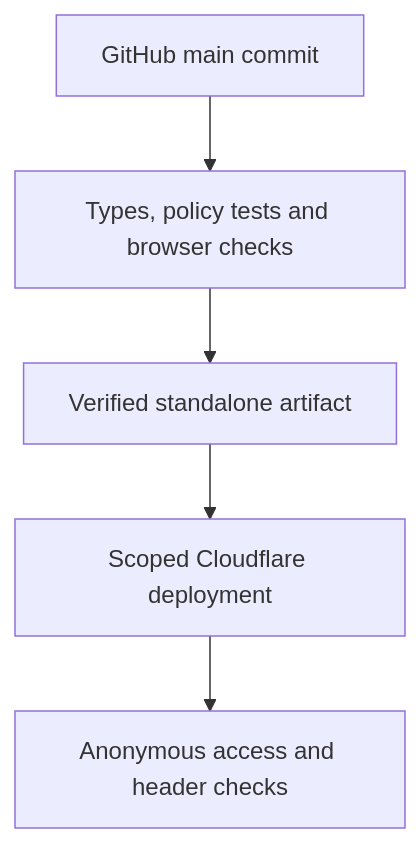
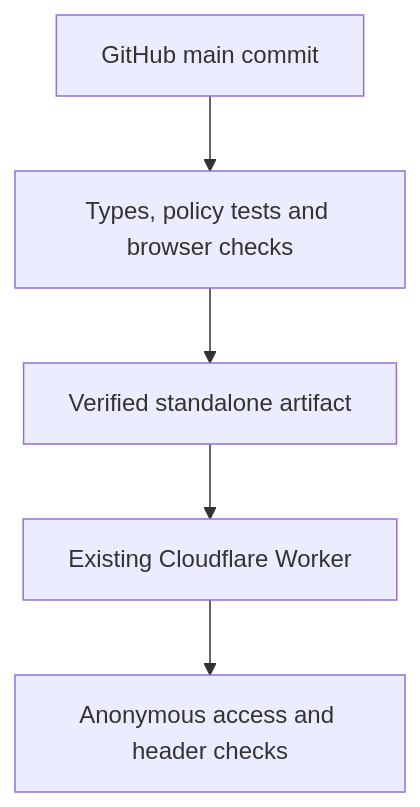
The fifth of 5 diagrams in docs/ARCHITECTURE.md (Idoheled/StackSignal), drawn with Mermaid before and after one commit. The commit also changed other lines of this file and 8 other files, not shown here.

````diff
--- a/docs/ARCHITECTURE.md
+++ b/docs/ARCHITECTURE.md
@@ -45,7 +135,7 @@
 ```mermaid
 flowchart TD
   Main["GitHub main commit"] --> Quality["Types, policy tests and browser checks"]
   Quality --> Artifact["Verified standalone artifact"]
-  Artifact --> Deploy["Scoped Cloudflare deployment"]
+  Artifact --> Deploy["Existing Cloudflare Worker"]
   Deploy --> Smoke["Anonymous access and header checks"]
 ```
````
